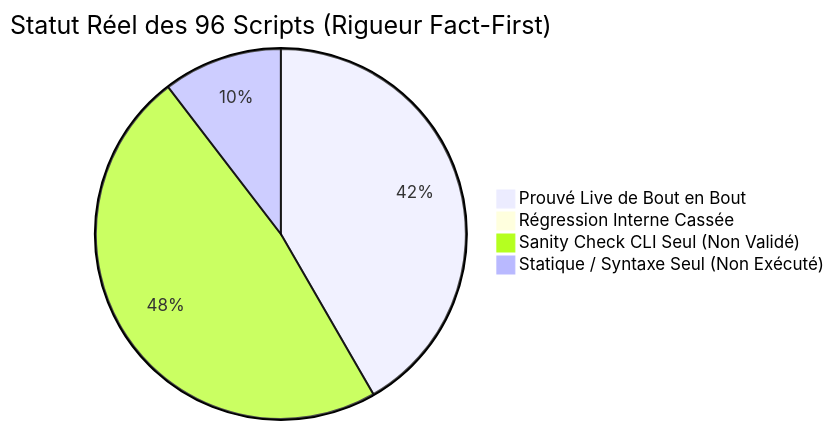
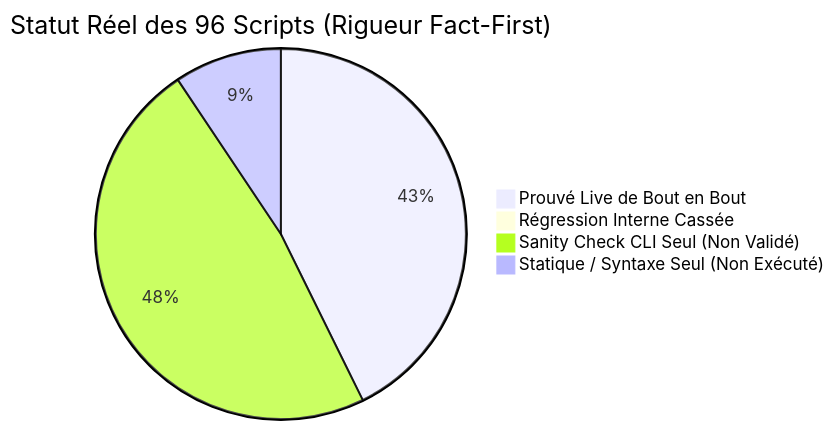
One commit to yoyonel/pydbsrt changed the diagram in docs/reference/2026-11-10-audit-exhaustif-scripts-regressions.md. Above: the diagram before and after it, drawn with Mermaid. The commit also changed other lines of this file and 2 other files, not shown here.

````diff
--- a/docs/reference/2026-11-10-audit-exhaustif-scripts-regressions.md
+++ b/docs/reference/2026-11-10-audit-exhaustif-scripts-regressions.md
@@ -16,7 +16,7 @@
 ```mermaid
 pie title Statut Réel des 96 Scripts (Rigueur Fact-First)
-    "Prouvé Live de Bout en Bout" : 40
+    "Prouvé Live de Bout en Bout" : 41
     "Régression Interne Cassée" : 0
     "Sanity Check CLI Seul (Non Validé)" : 46
-    "Statique / Syntaxe Seul (Non Exécuté)" : 10
+    "Statique / Syntaxe Seul (Non Exécuté)" : 9
 ```
````
